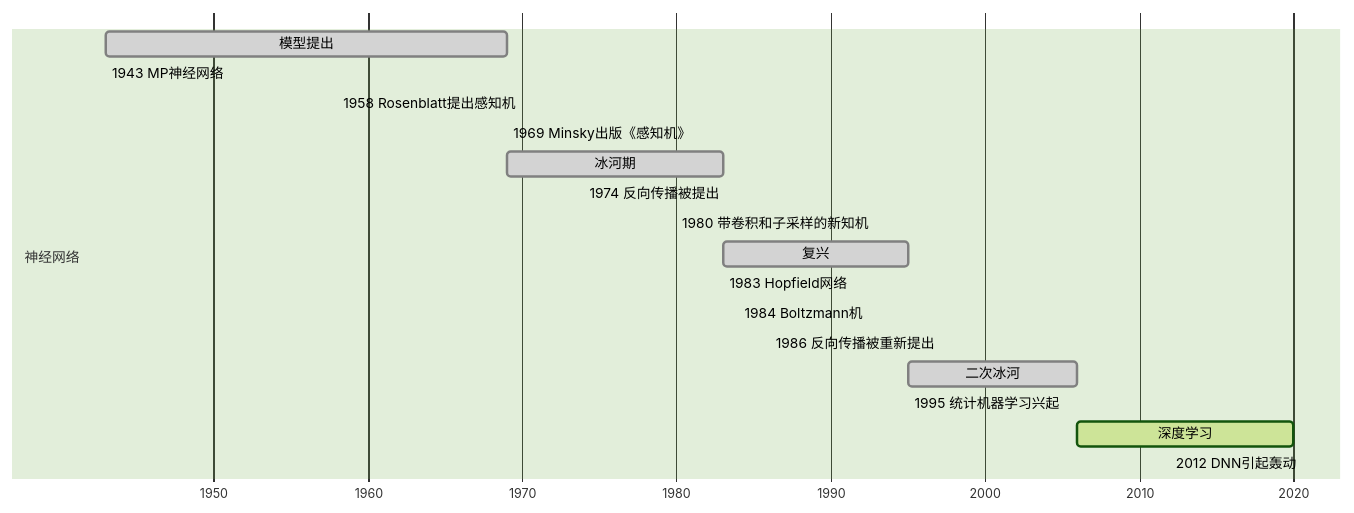
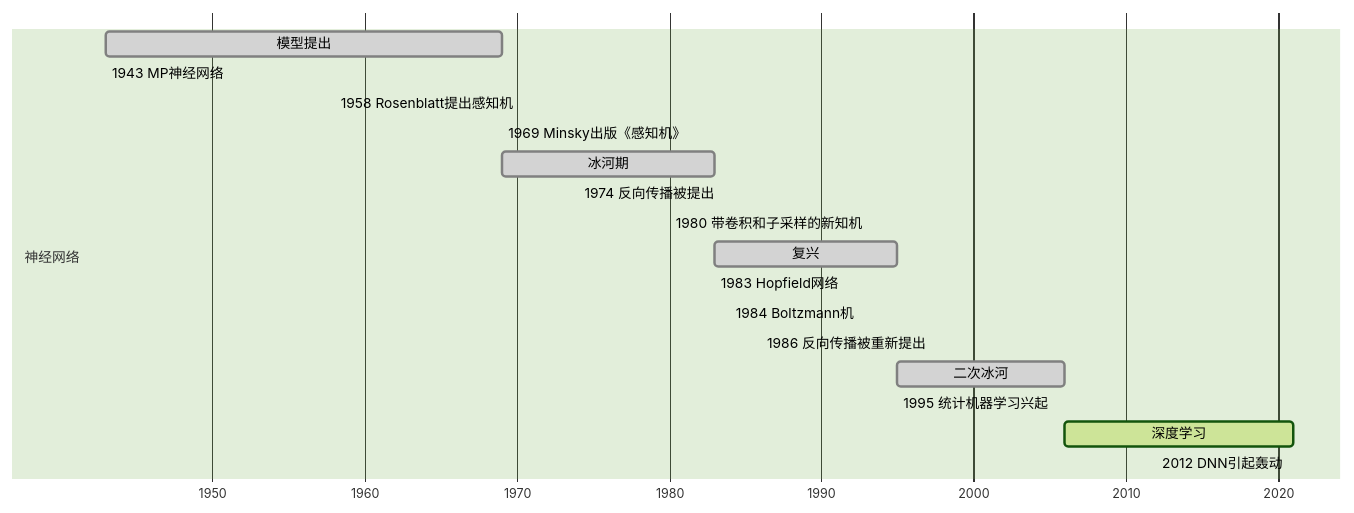
Before and after one commit to Avanti1980/course-gnn: the diagram in mermaid/nn.mermaid, drawn with Mermaid (forest theme). The commit also changed 12 other files, not shown here.

```diff
--- a/mermaid/nn.mermaid
+++ b/mermaid/nn.mermaid
@@ -1,21 +1,21 @@
 gantt
 todayMarker off
 dateFormat  YYYY
 axisFormat %Y
 
 section 神经网络
 模型提出: done, 1943, 1969
 1943 MP神经网络: 1943, milestone
 1958 Rosenblatt提出感知机: 1958, milestone
 1969 Minsky出版《感知机》: 1969, milestone
 冰河期: done, 1969, 1983
 1974 反向传播被提出: 1974, milestone
 1980 带卷积和子采样的新知机: 1980, milestone
 复兴: done, 1983, 1995
 1983 Hopfield网络: 1983, milestone
 1984 Boltzmann机: 1984, milestone
 1986 反向传播被重新提出: 1986, milestone
 二次冰河: done, 1995, 2006
 1995 统计机器学习兴起: 1995, milestone
-深度学习: active, 2006, 2020
+深度学习: active, 2006, 2021
 2012 DNN引起轰动: 2012, milestone
```
